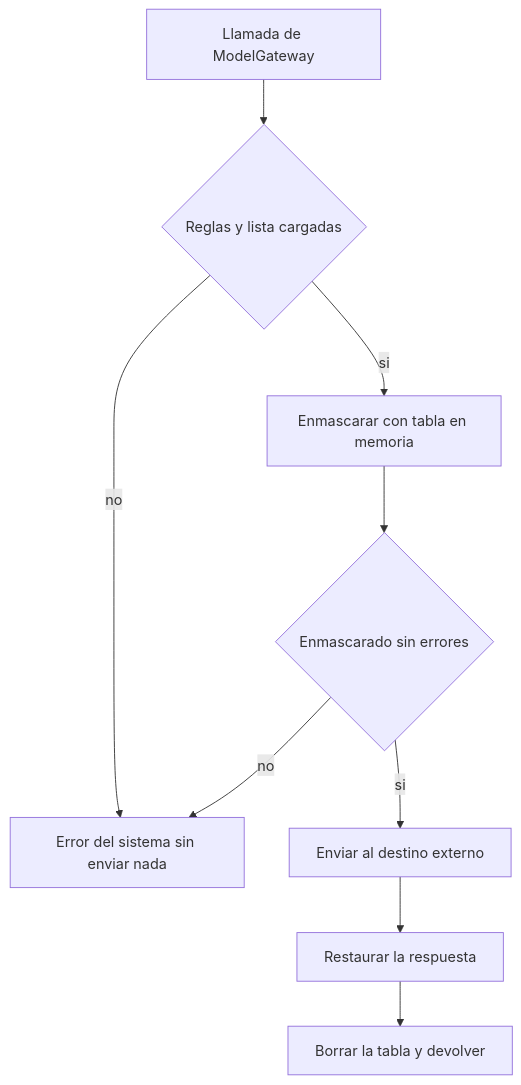
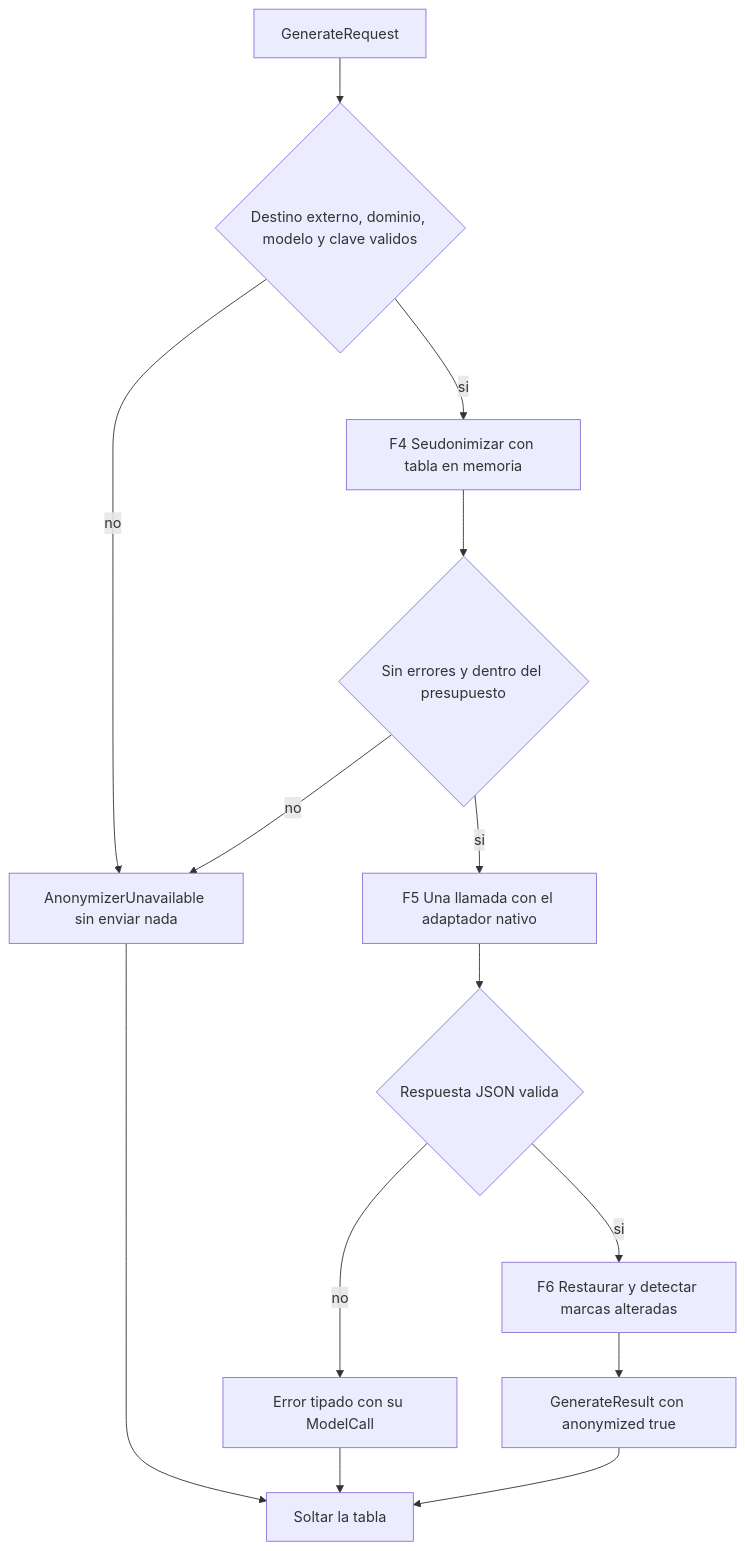
One commit to freyesJaveriana/tai changed the first of 4 diagrams in aidlc/spaces/default/intents/261002-veridicus-mvp/construction/anonymizer/functional-design/functional-spec.md. Above: the diagram before and after it, drawn with Mermaid. The commit also changed other lines of this file and 10 other files, not shown here.

````diff
--- a/aidlc/spaces/default/intents/261002-veridicus-mvp/construction/anonymizer/functional-design/functional-spec.md
+++ b/aidlc/spaces/default/intents/261002-veridicus-mvp/construction/anonymizer/functional-design/functional-spec.md
@@ -39,11 +79,16 @@
 ```mermaid
 flowchart TD
-  A[Llamada de ModelGateway] --> B{Reglas y lista cargadas}
-  B -- no --> X[Error del sistema sin enviar nada]
-  B -- si --> C[Enmascarar con tabla en memoria]
-  C --> D{Enmascarado sin errores}
+  A[GenerateRequest] --> B{Destino externo, dominio, modelo y clave validos}
+  B -- no --> X[AnonymizerUnavailable sin enviar nada]
+  B -- si --> C[F4 Seudonimizar con tabla en memoria]
+  C --> D{Sin errores y dentro del presupuesto}
   D -- no --> X
-  D -- si --> E[Enviar al destino externo]
-  E --> F[Restaurar la respuesta]
-  F --> G[Borrar la tabla y devolver]
+  D -- si --> E[F5 Una llamada con el adaptador nativo]
+  E --> F{Respuesta JSON valida}
+  F -- no --> Y[Error tipado con su ModelCall]
+  F -- si --> G[F6 Restaurar y detectar marcas alteradas]
+  G --> H[GenerateResult con anonymized true]
+  X --> Z[Soltar la tabla]
+  Y --> Z
+  H --> Z
 ```
````
